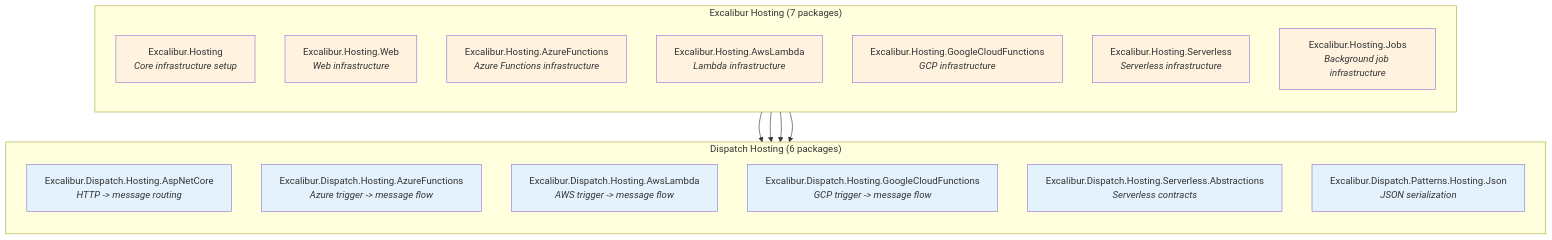
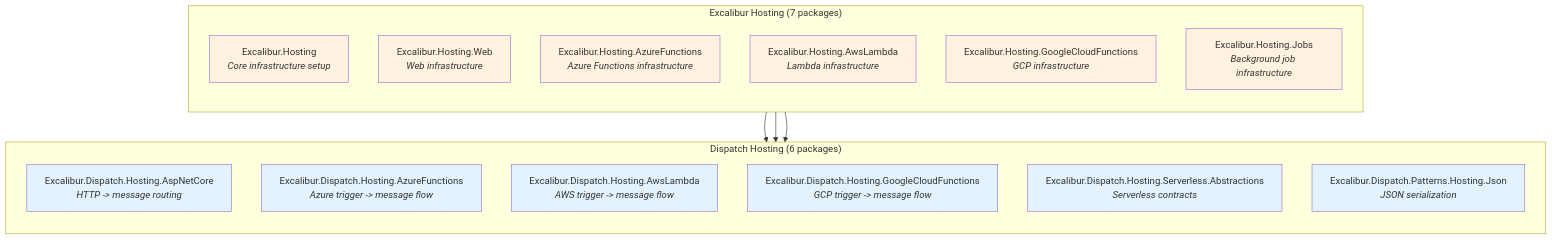
One commit to TrigintaFaces/Excalibur changed the first of 5 diagrams in docs/architecture/ownership-diagrams.md. Above: the diagram before and after it, drawn with Mermaid. The commit also changed 4797 other files, not shown here.

````diff
--- a/docs/architecture/ownership-diagrams.md
+++ b/docs/architecture/ownership-diagrams.md
@@ -19,42 +19,39 @@
 ```mermaid
 graph TB
     subgraph "Dispatch Hosting (6 packages)"
         direction TB
         D1["Excalibur.Dispatch.Hosting.AspNetCore<br/><i>HTTP -> message routing</i>"]
         D2["Excalibur.Dispatch.Hosting.AzureFunctions<br/><i>Azure trigger -> message flow</i>"]
         D3["Excalibur.Dispatch.Hosting.AwsLambda<br/><i>AWS trigger -> message flow</i>"]
         D4["Excalibur.Dispatch.Hosting.GoogleCloudFunctions<br/><i>GCP trigger -> message flow</i>"]
         D5["Excalibur.Dispatch.Hosting.Serverless.Abstractions<br/><i>Serverless contracts</i>"]
         D6["Excalibur.Dispatch.Patterns.Hosting.Json<br/><i>JSON serialization</i>"]
     end
 
     subgraph "Excalibur Hosting (7 packages)"
         direction TB
         E1["Excalibur.Hosting<br/><i>Core infrastructure setup</i>"]
         E2["Excalibur.Hosting.Web<br/><i>Web infrastructure</i>"]
         E3["Excalibur.Hosting.AzureFunctions<br/><i>Azure Functions infrastructure</i>"]
         E4["Excalibur.Hosting.AwsLambda<br/><i>Lambda infrastructure</i>"]
         E5["Excalibur.Hosting.GoogleCloudFunctions<br/><i>GCP infrastructure</i>"]
-        E6["Excalibur.Hosting.Serverless<br/><i>Serverless infrastructure</i>"]
         E7["Excalibur.Hosting.Jobs<br/><i>Background job infrastructure</i>"]
     end
 
-    E6 --> D5
     E3 --> D2
     E4 --> D3
     E5 --> D4
 
     style D1 fill:#e3f2fd
     style D2 fill:#e3f2fd
     style D3 fill:#e3f2fd
     style D4 fill:#e3f2fd
     style D5 fill:#e3f2fd
     style D6 fill:#e3f2fd
     style E1 fill:#fff3e0
     style E2 fill:#fff3e0
     style E3 fill:#fff3e0
     style E4 fill:#fff3e0
     style E5 fill:#fff3e0
-    style E6 fill:#fff3e0
     style E7 fill:#fff3e0
 ```
````
